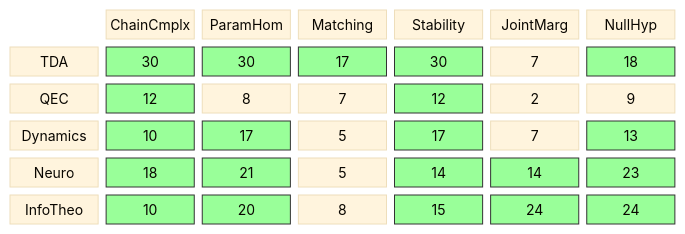
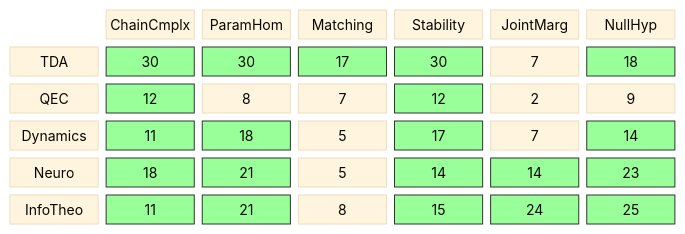
Before and after one commit to musicofhel/topoyolo: the diagram in diagrams/coverage-matrix.md, drawn with Mermaid. The commit also changed other lines of this file and 7 other files, not shown here.

````diff
--- a/diagrams/coverage-matrix.md
+++ b/diagrams/coverage-matrix.md
@@ -21,34 +21,34 @@
 ```mermaid
 %%{init: {'theme': 'base', 'themeVariables': {'fontSize': '14px'}}}%%
 block-beta
   columns 7
 
   space:1 CC["ChainCmplx"] PH["ParamHom"] MA["Matching"] ST["Stability"] JM["JointMarg"] NH["NullHyp"]
 
   TDA["TDA"] TDA_CC["30"] TDA_PH["30"] TDA_MA["17"] TDA_ST["30"] TDA_JM["7"] TDA_NH["18"]
   QEC["QEC"] QEC_CC["12"] QEC_PH["8"] QEC_MA["7"] QEC_ST["12"] QEC_JM["2"] QEC_NH["9"]
-  DYN["Dynamics"] DYN_CC["10"] DYN_PH["17"] DYN_MA["5"] DYN_ST["17"] DYN_JM["7"] DYN_NH["13"]
+  DYN["Dynamics"] DYN_CC["11"] DYN_PH["18"] DYN_MA["5"] DYN_ST["17"] DYN_JM["7"] DYN_NH["14"]
   NEU["Neuro"] NEU_CC["18"] NEU_PH["21"] NEU_MA["5"] NEU_ST["14"] NEU_JM["14"] NEU_NH["23"]
-  IT["InfoTheo"] IT_CC["10"] IT_PH["20"] IT_MA["8"] IT_ST["15"] IT_JM["24"] IT_NH["24"]
+  IT["InfoTheo"] IT_CC["11"] IT_PH["21"] IT_MA["8"] IT_ST["15"] IT_JM["24"] IT_NH["25"]
   style TDA_CC fill:#9f9,stroke:#333
   style TDA_PH fill:#9f9,stroke:#333
   style TDA_MA fill:#9f9,stroke:#333
   style TDA_ST fill:#9f9,stroke:#333
   style TDA_NH fill:#9f9,stroke:#333
   style QEC_CC fill:#9f9,stroke:#333
   style QEC_ST fill:#9f9,stroke:#333
   style DYN_CC fill:#9f9,stroke:#333
   style DYN_PH fill:#9f9,stroke:#333
   style DYN_ST fill:#9f9,stroke:#333
   style DYN_NH fill:#9f9,stroke:#333
   style NEU_CC fill:#9f9,stroke:#333
   style NEU_PH fill:#9f9,stroke:#333
   style NEU_ST fill:#9f9,stroke:#333
   style NEU_JM fill:#9f9,stroke:#333
   style NEU_NH fill:#9f9,stroke:#333
   style IT_CC fill:#9f9,stroke:#333
   style IT_PH fill:#9f9,stroke:#333
   style IT_ST fill:#9f9,stroke:#333
   style IT_JM fill:#9f9,stroke:#333
   style IT_NH fill:#9f9,stroke:#333
 ```
````
